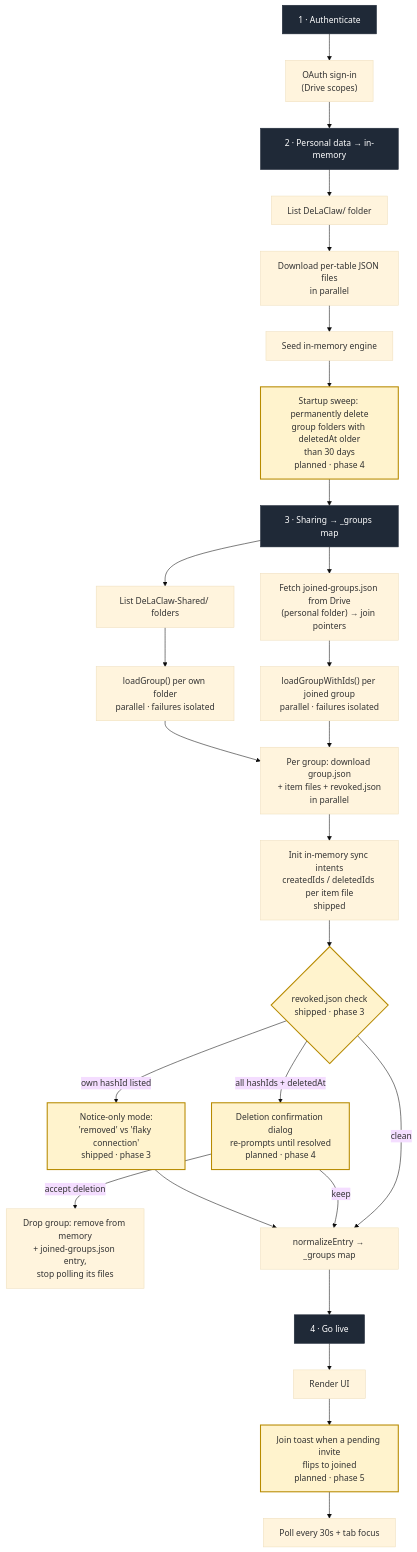
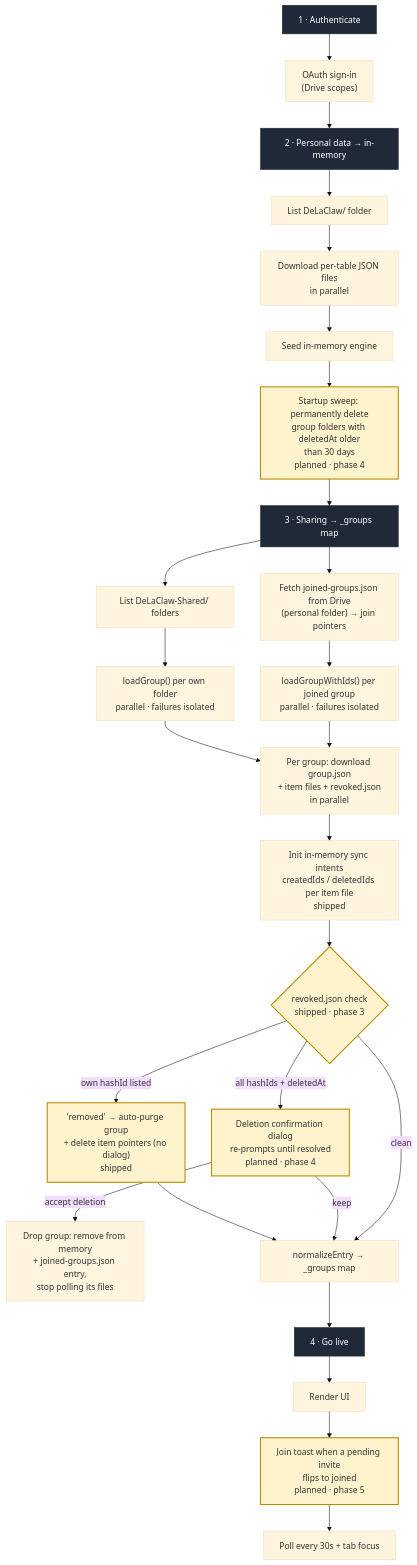
One commit to AntGro/DeLaClaw changed the second of 6 diagrams in docs-site/sync-architecture.md. Above: the diagram before and after it, drawn with Mermaid (base theme). The commit also changed 10 other files, not shown here.

First line of the commit message:
feat(sharing): auto-purge removed member's item pointers, no dialog

````diff
--- a/docs-site/sync-architecture.md
+++ b/docs-site/sync-architecture.md
@@ -42,42 +42,42 @@
 ```mermaid
 flowchart TD
     H1["1 · Authenticate"]
     OAUTH["OAuth sign-in<br/>(Drive scopes)"]
     H2["2 · Personal data → in-memory"]
     LISTP["List DeLaClaw/ folder"]
     DLP["Download per-table JSON files<br/>in parallel"]
     SEED["Seed in-memory engine"]
     SWEEP["Startup sweep: permanently delete<br/>group folders with deletedAt older<br/>than 30 days<br/>planned · phase 4"]
     H3["3 · Sharing → _groups map"]
     JG["Fetch joined-groups.json from Drive<br/>(personal folder) → join pointers"]
     LISTG["List DeLaClaw-Shared/ folders"]
     OWNG["loadGroup() per own folder<br/>parallel · failures isolated"]
     JOING["loadGroupWithIds() per joined group<br/>parallel · failures isolated"]
     FILES["Per group: download group.json<br/>+ item files + revoked.json<br/>in parallel"]
     INTENT["Init in-memory sync intents<br/>createdIds / deletedIds per item file<br/>shipped"]
     REVOKE{"revoked.json check<br/>shipped · phase 3"}
-    REMOVED["Notice-only mode:<br/>'removed' vs 'flaky connection'<br/>shipped · phase 3"]
+    REMOVED["'removed' → auto-purge group<br/>+ delete item pointers (no dialog)<br/>shipped"]
     DELETED["Deletion confirmation dialog<br/>re-prompts until resolved<br/>planned · phase 4"]
     PURGE["Drop group: remove from memory<br/>+ joined-groups.json entry,<br/>stop polling its files"]
     NORM["normalizeEntry → _groups map"]
     H4["4 · Go live"]
     RENDER["Render UI"]
     TOAST["Join toast when a pending invite<br/>flips to joined<br/>planned · phase 5"]
     POLL["Poll every 30s + tab focus"]
 
     H1 --> OAUTH --> H2 --> LISTP --> DLP --> SEED --> SWEEP --> H3
     H3 --> LISTG --> OWNG --> FILES
     H3 --> JG --> JOING --> FILES
     FILES --> INTENT --> REVOKE
     REVOKE -->|"own hashId listed"| REMOVED --> NORM
     REVOKE -->|"all hashIds + deletedAt"| DELETED
     DELETED -->|"keep"| NORM
     DELETED -->|"accept deletion"| PURGE
     REVOKE -->|"clean"| NORM
     NORM --> H4 --> RENDER --> TOAST --> POLL
 
     classDef section fill:#1f2937,stroke:#1f2937,color:#fff
     classDef planned fill:#fff3cd,stroke:#b78a00,stroke-width:2px
     class H1,H2,H3,H4 section
     class SWEEP,REVOKE,REMOVED,DELETED,TOAST planned
 ```
````
